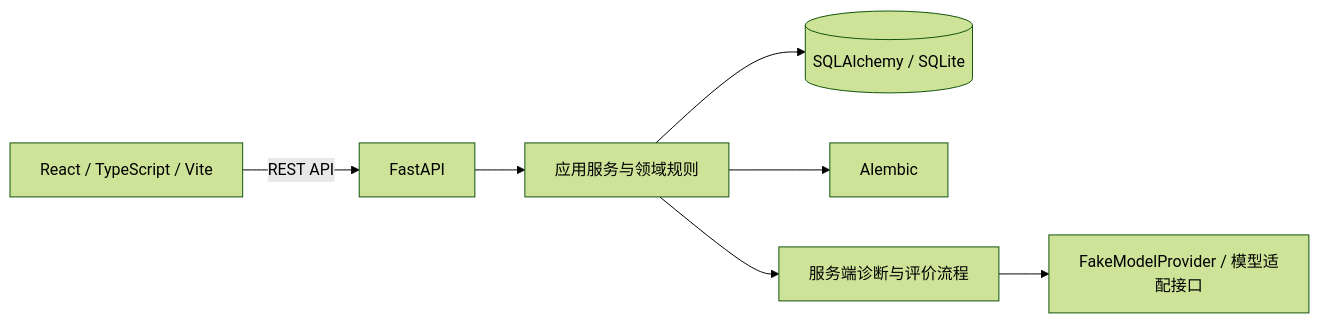
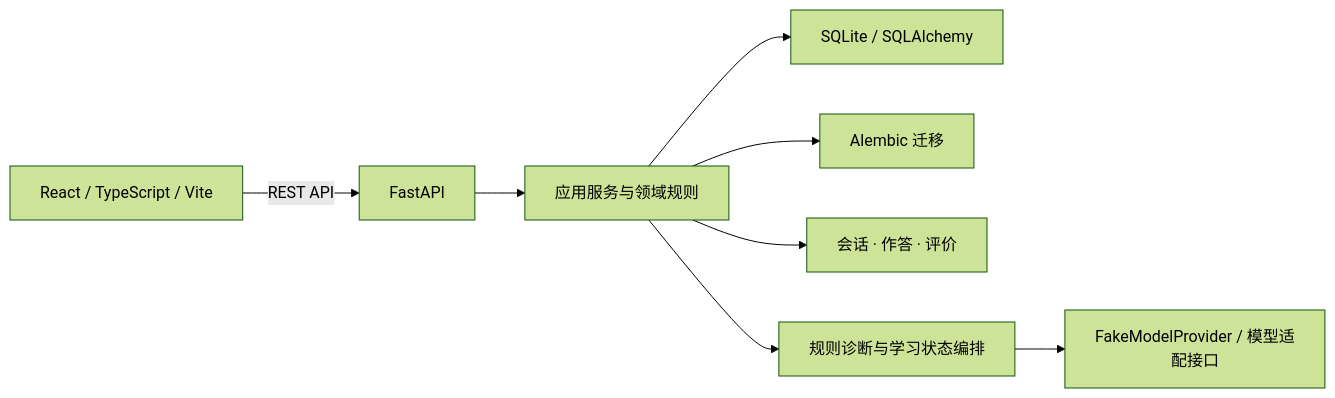
The second of 2 diagrams in README.md (KaoruMiyagawa/UnlearnLoop), drawn with Mermaid (forest theme) before and after one commit. The commit also changed other lines of this file and 8 other files, not shown here.

````diff
--- a/README.md
+++ b/README.md
@@ -60,9 +67,10 @@
 ```mermaid
 flowchart LR
     UI[React / TypeScript / Vite] -->|REST API| API[FastAPI]
     API --> APP[应用服务与领域规则]
-    APP --> DB[(SQLAlchemy / SQLite)]
-    APP --> MIG[Alembic]
-    APP --> AGENT[服务端诊断与评价流程]
-    AGENT --> MODEL[FakeModelProvider / 模型适配接口]
+    APP --> DATA[SQLite / SQLAlchemy]
+    APP --> MIG[Alembic 迁移]
+    APP --> LEARN[会话 · 作答 · 评价]
+    APP --> AGENT[规则诊断与学习状态编排]
+    AGENT --> PROVIDER[FakeModelProvider / 模型适配接口]
 ```
````
